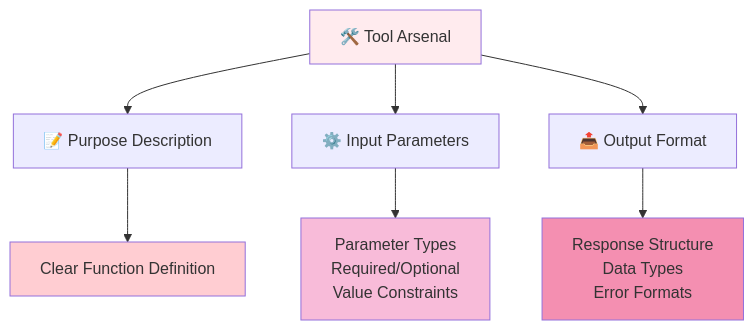
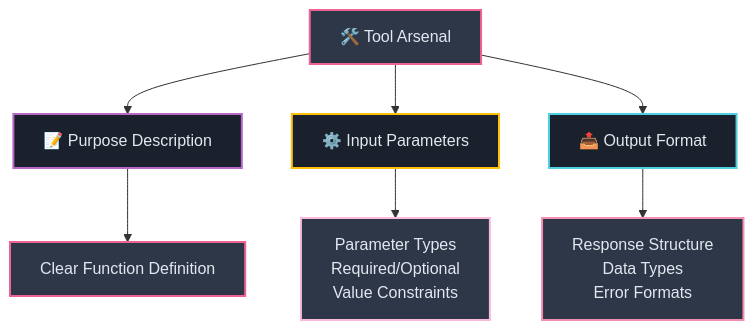
The fourth of 8 diagrams in Part_II_Section_5_The_Anatomy_of_an_Agentic_System_Prompt_A_Universal_Blueprint.md (josemlopez/prompt_tutorial), drawn with Mermaid before and after one commit. The commit also changed other lines of this file and 7 other files, not shown here.

````diff
--- a/Part_II_Section_5_The_Anatomy_of_an_Agentic_System_Prompt_A_Universal_Blueprint.md
+++ b/Part_II_Section_5_The_Anatomy_of_an_Agentic_System_Prompt_A_Universal_Blueprint.md
@@ -146,15 +151,18 @@
 ```mermaid
 graph TB
-    A[🛠️ Tool Arsenal] --> B[📝 Purpose Description]
-    A --> C[⚙️ Input Parameters]
-    A --> D[📤 Output Format]
-    
-    B --> E[Clear Function Definition]
-    C --> F[Parameter Types<br/>Required/Optional<br/>Value Constraints]
-    D --> G[Response Structure<br/>Data Types<br/>Error Formats]
-    
-    style A fill:#ffebee
-    style E fill:#ffcdd2
-    style F fill:#f8bbd9
-    style G fill:#f48fb1
+   A[🛠️ Tool Arsenal] --> B[📝 Purpose Description]
+   A --> C[⚙️ Input Parameters]
+   A --> D[📤 Output Format]
+   
+   B --> E[Clear Function Definition]
+   C --> F[Parameter Types<br/>Required/Optional<br/>Value Constraints]
+   D --> G[Response Structure<br/>Data Types<br/>Error Formats]
+   
+   style A fill:#2d3748,stroke:#f06292,stroke-width:2px,color:#e2e8f0
+   style B fill:#1a202c,stroke:#ba68c8,stroke-width:2px,color:#e2e8f0
+   style C fill:#1a202c,stroke:#ffc107,stroke-width:2px,color:#e2e8f0
+   style D fill:#1a202c,stroke:#4dd0e1,stroke-width:2px,color:#e2e8f0
+   style E fill:#2d3748,stroke:#f06292,stroke-width:2px,color:#e2e8f0
+   style F fill:#2d3748,stroke:#f8bbd9,stroke-width:2px,color:#e2e8f0
+   style G fill:#2d3748,stroke:#f48fb1,stroke-width:2px,color:#e2e8f0
 ```
````
